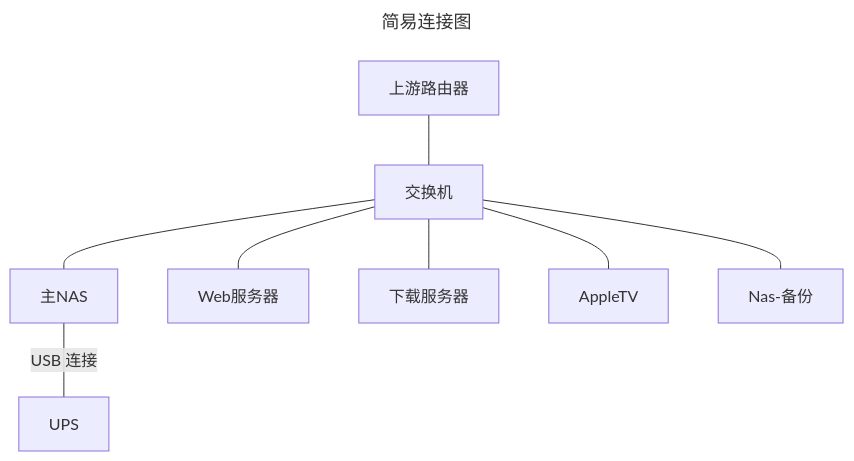
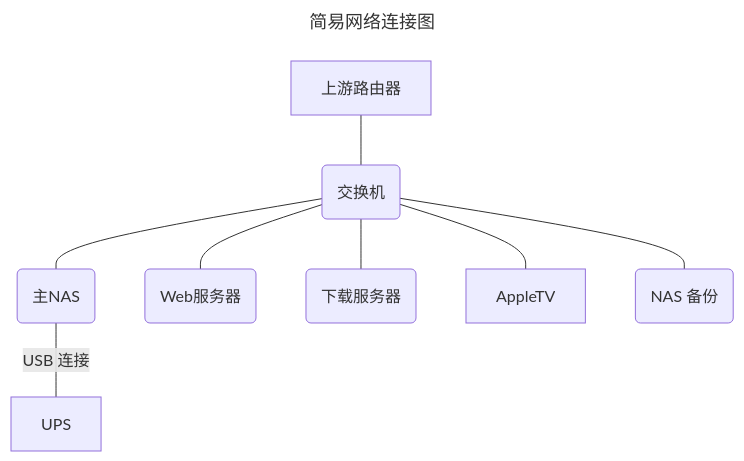
Before and after one commit to tailwoodencat/blog-sinlov: the first of 2 diagrams in content/posts/2024/06/04/ugos-pro-access-to-ups-server.md, drawn with Mermaid. The commit also changed other lines of this file, not shown here.

First line of the commit message:
docs(2024/06/04): update UPS server access documentation

````diff
--- a/content/posts/2024/06/04/ugos-pro-access-to-ups-server.md
+++ b/content/posts/2024/06/04/ugos-pro-access-to-ups-server.md
@@ -27,13 +27,13 @@
 ```mermaid
 ---
-title: 简易连接图
+title: 简易网络连接图
 ---
 graph TD;
-    上游路由器---交换机;
-    交换机---主NAS;
-    主NAS---|USB 连接|UPS;
-    交换机---Web服务器;
-    交换机---下载服务器;
-    交换机---AppleTV;
-    交换机---Nas-备份;
+    上游路由器---SWITCH(交换机);
+    SWITCH---MainNAS(主NAS);
+    MainNAS---|USB 连接|UPS;
+    SWITCH---WebSer(Web服务器);
+    SWITCH---DowloadSer(下载服务器);
+    SWITCH---AppleTV;
+    SWITCH---NAS-BAK(NAS 备份);
 ```
````
